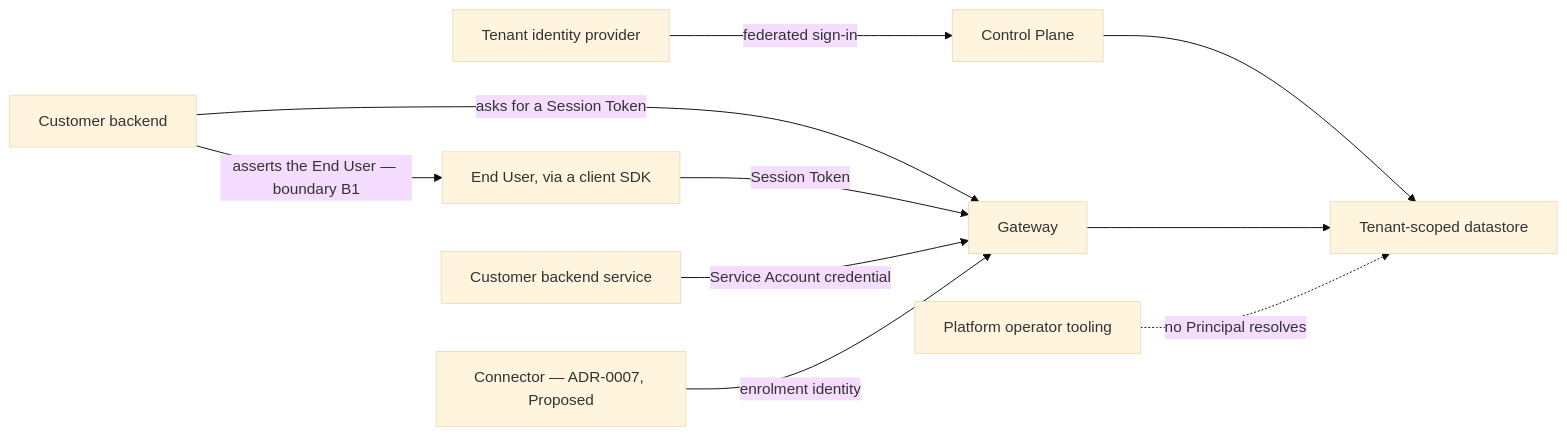
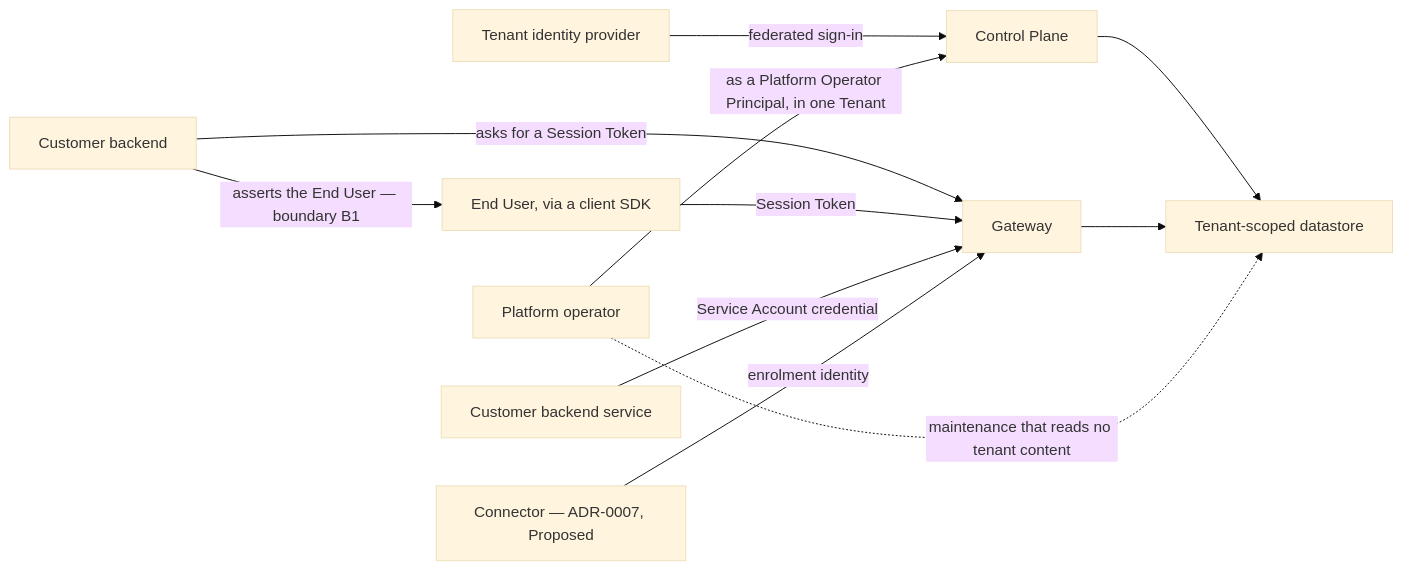
The diagram in docs/10-architecture/identity-and-access.md (ayesigapaul/orchestra), drawn with Mermaid (base theme) before and after one commit. The commit also changed other lines of this file and 71 other files, not shown here.

````diff
--- a/docs/10-architecture/identity-and-access.md
+++ b/docs/10-architecture/identity-and-access.md
@@ -94,12 +102,13 @@
 ```mermaid
 flowchart LR
   IDP["Tenant identity provider"] -->|"federated sign-in"| CP["Control Plane"]
   BE["Customer backend"] -->|"asks for a Session Token"| GW["Gateway"]
   BE -->|"asserts the End User — boundary B1"| APP["End User, via a client SDK"]
   APP -->|"Session Token"| GW
   SA["Customer backend service"] -->|"Service Account credential"| GW
   CN["Connector — ADR-0007, Proposed"] -->|"enrolment identity"| GW
   CP --> DS["Tenant-scoped datastore"]
   GW --> DS
-  OP["Platform operator tooling"] -.->|"no Principal resolves"| DS
+  OP["Platform operator"] -->|"as a Platform Operator Principal, in one Tenant"| CP
+  OP -.->|"maintenance that reads no tenant content"| DS
 ```
````
